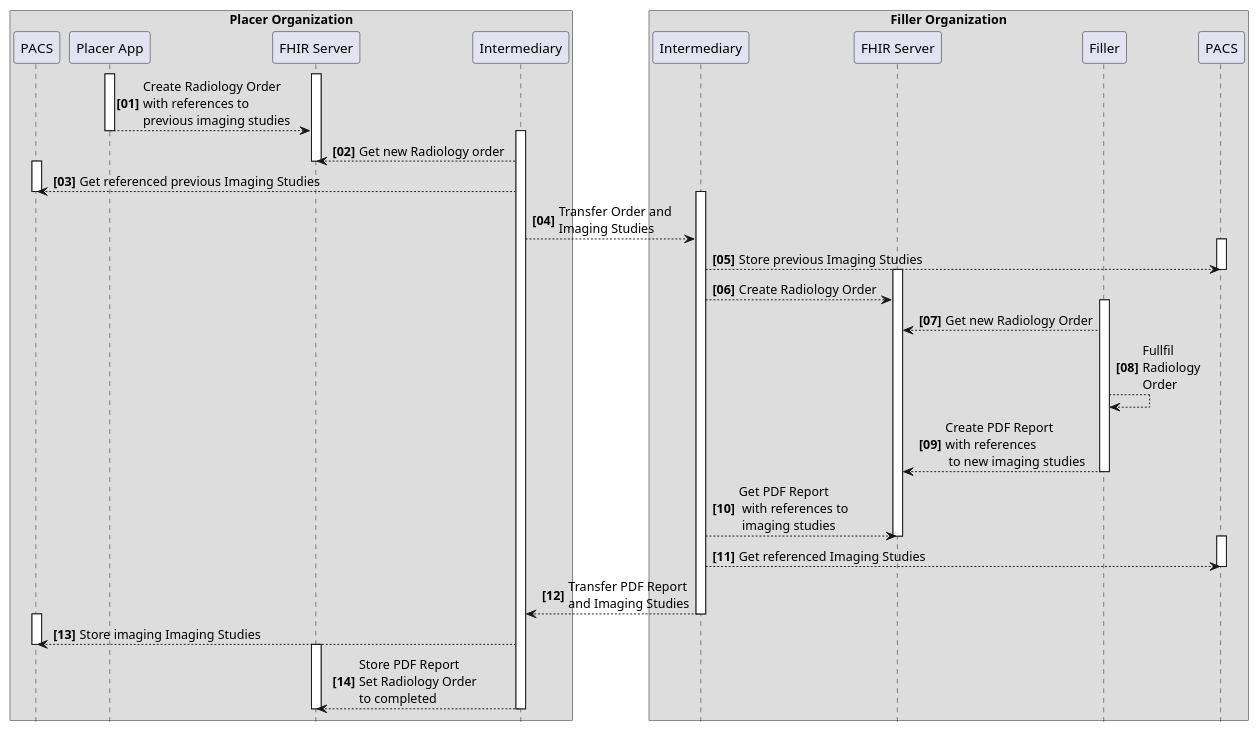
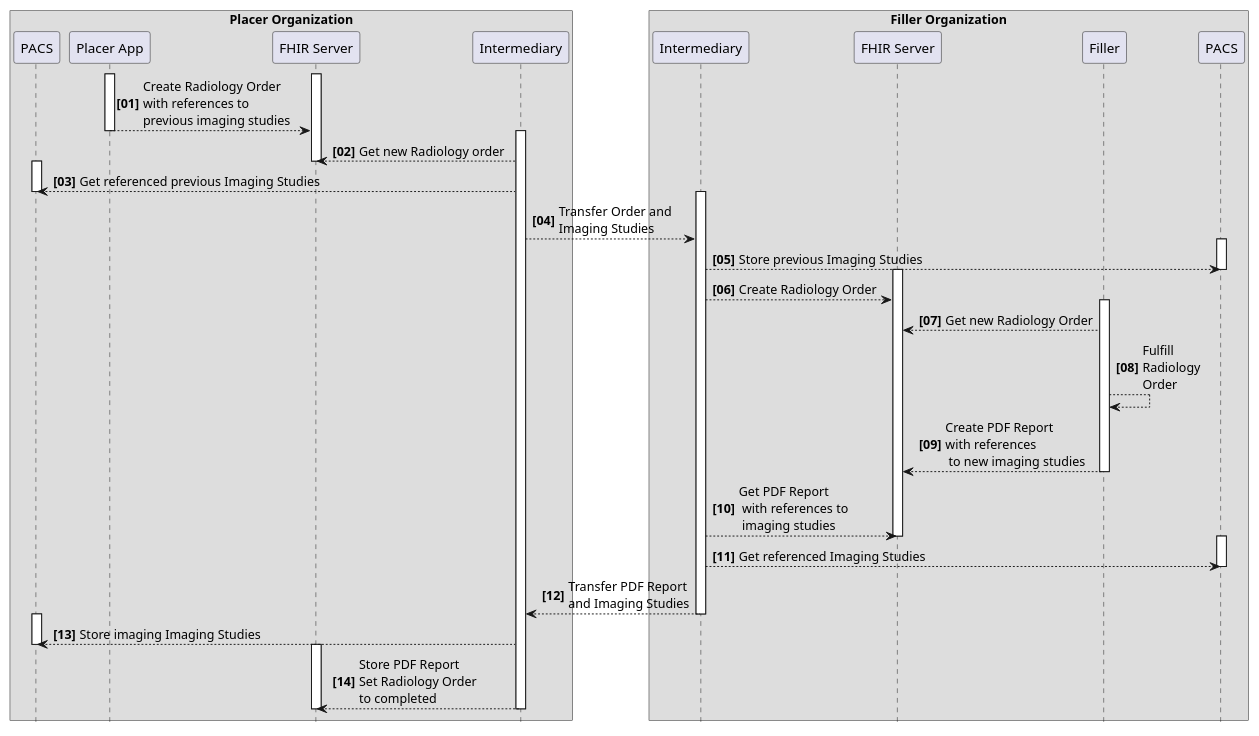
One commit to ahdis/ch-rad-poc changed the diagram in input/images-source/uc_1.plantuml. Above: the diagram before and after it, drawn with PlantUML. The commit also changed 5 other files, not shown here.

```diff
--- a/input/images-source/uc_1.plantuml
+++ b/input/images-source/uc_1.plantuml
@@ -1,55 +1,55 @@
 @startuml
 hide footbox
 autonumber 1 1 "<b>[00]"
 
 box Placer Organization
  participant "PACS" as PlacerPacs
  participant "Placer App" as PlacerApp
  participant "FHIR Server" as PlacerFhirServer
  participant "Intermediary" as PlacerIntermediary
 endbox
 box Filler Organization
  participant "Intermediary" as FillerIntermediary
  participant "FHIR Server" as FillerFhirServer
  participant "Filler" as FillerApp
  participant "PACS" as FillerPacs
 endbox
 
 activate PlacerApp
 activate PlacerFhirServer
 PlacerApp --> PlacerFhirServer: Create Radiology Order\nwith references to\nprevious imaging studies
 deactivate PlacerApp
 activate PlacerIntermediary
 PlacerIntermediary --> PlacerFhirServer: Get new Radiology order
 deactivate PlacerFhirServer
 deactivate PlacerApp
 activate PlacerPacs
 PlacerIntermediary --> PlacerPacs: Get referenced previous Imaging Studies
 deactivate PlacerPacs
 activate FillerIntermediary
 PlacerIntermediary --> FillerIntermediary: Transfer Order and\nImaging Studies
 activate FillerPacs
 FillerIntermediary --> FillerPacs: Store previous Imaging Studies
 deactivate FillerPacs
 activate FillerFhirServer
 FillerIntermediary --> FillerFhirServer: Create Radiology Order
 activate FillerApp
 FillerApp --> FillerFhirServer: Get new Radiology Order
-FillerApp --> FillerApp: Fullfil\nRadiology\nOrder
+FillerApp --> FillerApp: Fulfill\nRadiology\nOrder
 FillerApp --> FillerFhirServer: Create PDF Report\nwith references\n to new imaging studies
 deactivate FillerApp
 FillerIntermediary --> FillerFhirServer: Get PDF Report\n with references to\n imaging studies
 deactivate FillerFhirServer
 activate FillerPacs
 FillerIntermediary --> FillerPacs: Get referenced Imaging Studies
 deactivate FillerPacs
 FillerIntermediary --> PlacerIntermediary: Transfer PDF Report\nand Imaging Studies
 deactivate FillerIntermediary
 activate PlacerPacs
 PlacerIntermediary --> PlacerPacs: Store imaging Imaging Studies
 deactivate PlacerPacs
 activate PlacerFhirServer
 PlacerIntermediary --> PlacerFhirServer: Store PDF Report\nSet Radiology Order\nto completed 
 deactivate PlacerFhirServer
 deactivate PlacerIntermediary
 @enduml
```
